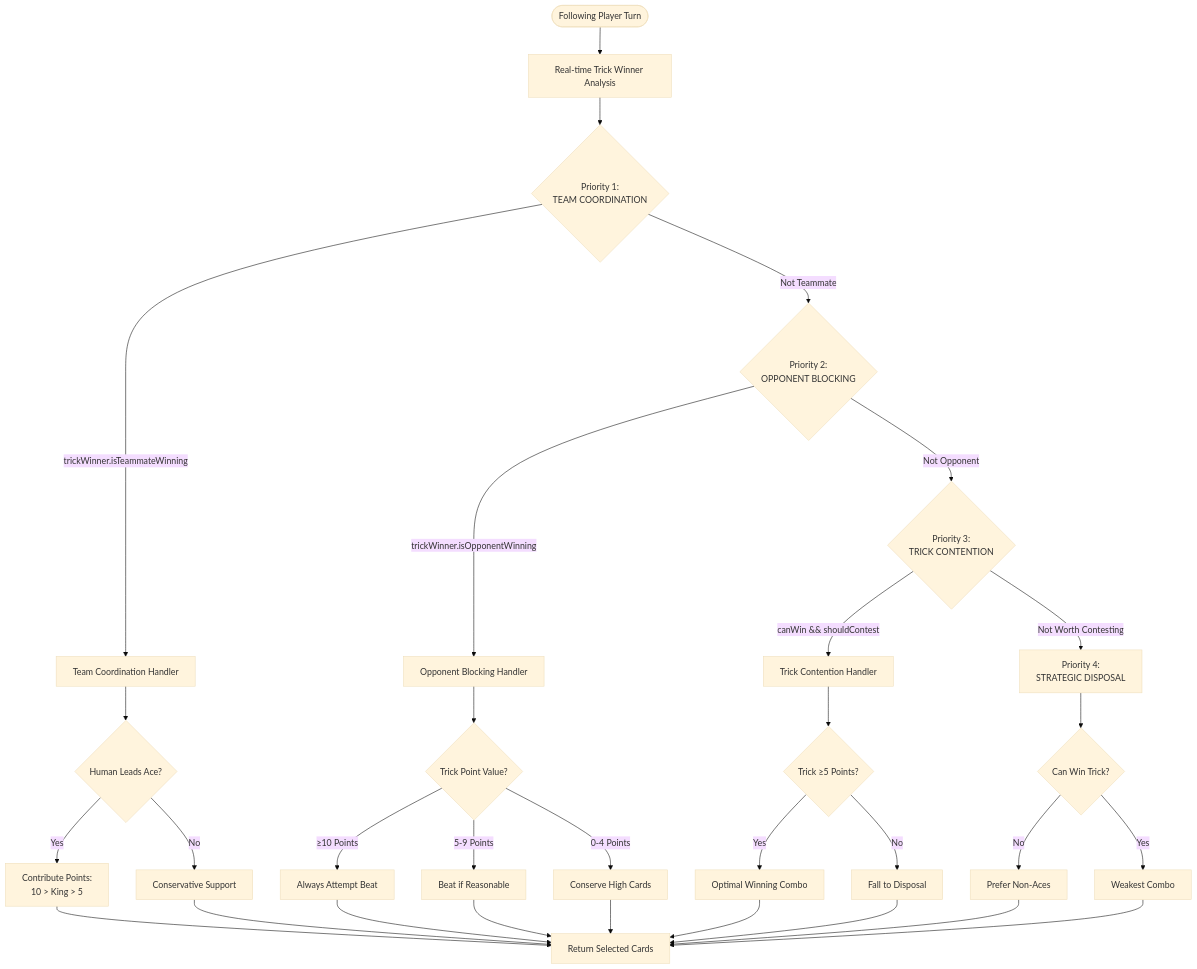
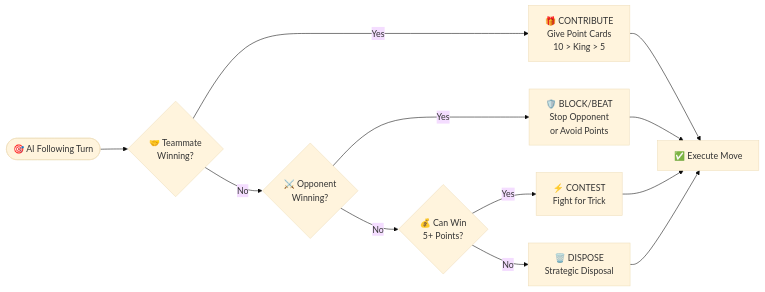
The fourth of 5 diagrams in docs/AI_DECISION_TREE.md (ejfn/Tractor), drawn with Mermaid (base theme) before and after one commit. The commit also changed other lines of this file and 11 other files, not shown here.

````diff
--- a/docs/AI_DECISION_TREE.md
+++ b/docs/AI_DECISION_TREE.md
@@ -103,47 +61,15 @@
 ```mermaid
-flowchart TD
-    FollowStart([Following Player Turn]) --> Analysis[Real-time Trick Winner Analysis]
+flowchart LR
+    Start([🎯 AI Following Turn]) --> P1{🤝 Teammate<br/>Winning?}
+    P1 -->|Yes| Contribute[🎁 CONTRIBUTE<br/>Give Point Cards<br/>10 > King > 5]
+    P1 -->|No| P2{⚔️ Opponent<br/>Winning?}
+    P2 -->|Yes| Block[🛡️ BLOCK/BEAT<br/>Stop Opponent<br/>or Avoid Points]
+    P2 -->|No| P3{💰 Can Win<br/>5+ Points?}
+    P3 -->|Yes| Contest[⚡ CONTEST<br/>Fight for Trick]
+    P3 -->|No| Dispose[🗑️ DISPOSE<br/>Strategic Disposal]
     
-    Analysis --> P1{Priority 1:<br/>TEAM COORDINATION}
-    P1 -->|trickWinner.isTeammateWinning| TeamLogic[Team Coordination Handler]
-    
-    P1 -->|Not Teammate| P2{Priority 2:<br/>OPPONENT BLOCKING}
-    P2 -->|trickWinner.isOpponentWinning| OpponentLogic[Opponent Blocking Handler]
-    
-    P2 -->|Not Opponent| P3{Priority 3:<br/>TRICK CONTENTION}
-    P3 -->|canWin && shouldContest| ContestLogic[Trick Contention Handler]
-    
-    P3 -->|Not Worth Contesting| P4[Priority 4:<br/>STRATEGIC DISPOSAL]
-    
-    %% Team Coordination Details
-    TeamLogic --> HumanAce{Human Leads Ace?}
-    HumanAce -->|Yes| PointHierarchy[Contribute Points:<br/>10 > King > 5]
-    HumanAce -->|No| ConservativeTeam[Conservative Support]
-    
-    %% Opponent Blocking Details  
-    OpponentLogic --> PointValue{Trick Point Value?}
-    PointValue -->|≥10 Points| AlwaysBeat[Always Attempt Beat]
-    PointValue -->|5-9 Points| ReasonableBeat[Beat if Reasonable]
-    PointValue -->|0-4 Points| ConserveCards[Conserve High Cards]
-    
-    %% Trick Contention Details
-    ContestLogic --> WorthyTrick{Trick ≥5 Points?}
-    WorthyTrick -->|Yes| OptimalWin[Optimal Winning Combo]
-    WorthyTrick -->|No| FallThrough[Fall to Disposal]
-    
-    %% Strategic Disposal Details
-    P4 --> CanWinCheck{Can Win Trick?}
-    CanWinCheck -->|No| AvoidAces[Prefer Non-Aces]
-    CanWinCheck -->|Yes| WeakestPlay[Weakest Combo]
-    
-    %% Final Results
-    PointHierarchy --> Return[Return Selected Cards]
-    ConservativeTeam --> Return
-    AlwaysBeat --> Return
-    ReasonableBeat --> Return
-    ConserveCards --> Return
-    OptimalWin --> Return
-    FallThrough --> Return
-    AvoidAces --> Return
-    WeakestPlay --> Return
+    Contribute --> Return[✅ Execute Move]
+    Block --> Return
+    Contest --> Return
+    Dispose --> Return
 ```
````
